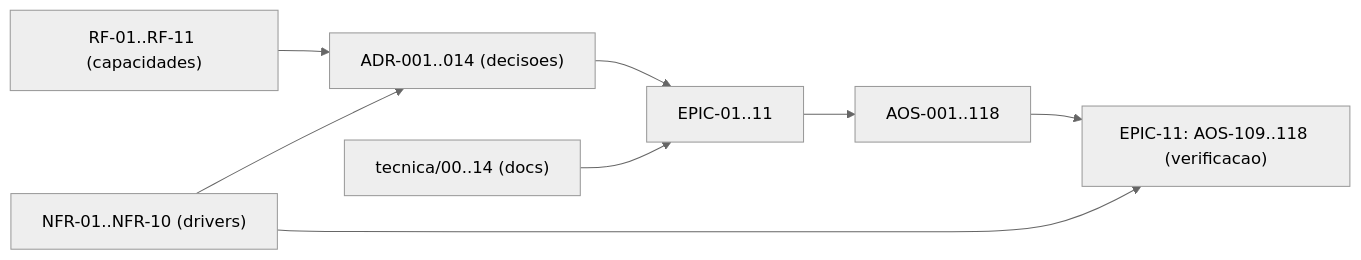
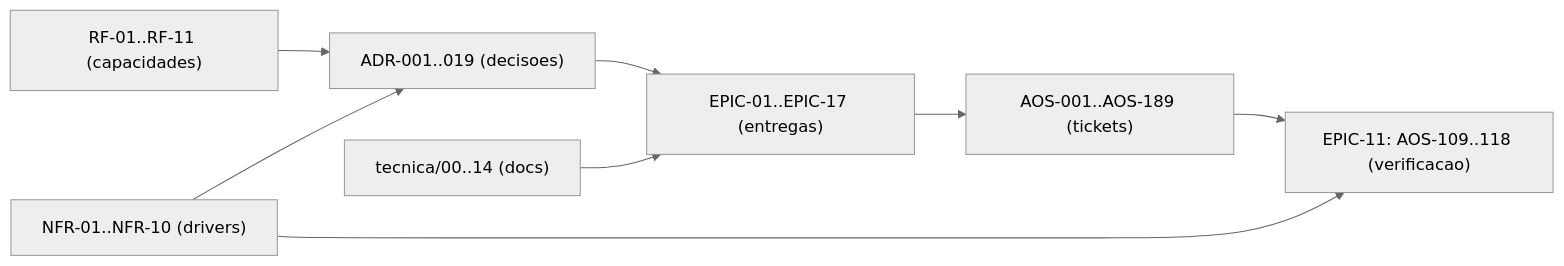
Before and after one commit to albinoJimy/aos: the diagram in tecnica/16_Rastreabilidade_RTM.md, drawn with Mermaid (neutral theme). The commit also changed other lines of this file and 8 other files, not shown here.

````diff
--- a/tecnica/16_Rastreabilidade_RTM.md
+++ b/tecnica/16_Rastreabilidade_RTM.md
@@ -165,10 +168,10 @@
 ```mermaid
 flowchart LR
-    RF["RF-01..RF-11 (capacidades)"] --> ADR["ADR-001..014 (decisoes)"]
+    RF["RF-01..RF-11 (capacidades)"] --> ADR["ADR-001..019 (decisoes)"]
     NFR["NFR-01..NFR-10 (drivers)"] --> ADR
-    ADR --> EPIC["EPIC-01..11"]
-    EPIC --> TICK["AOS-001..118"]
+    ADR --> EPIC["EPIC-01..EPIC-17 (entregas)"]
+    EPIC --> TICK["AOS-001..AOS-189 (tickets)"]
     DOC["tecnica/00..14 (docs)"] --> EPIC
     TICK --> TEST["EPIC-11: AOS-109..118 (verificacao)"]
     NFR --> TEST
 ```
````
